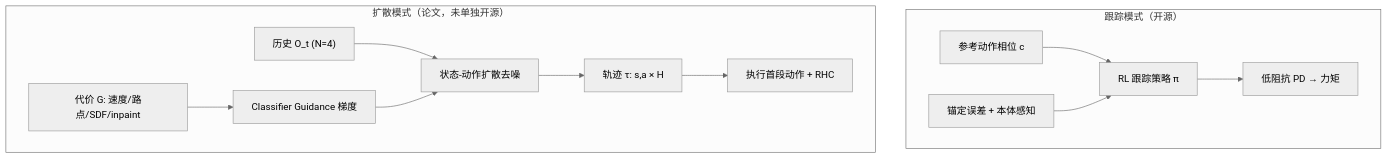
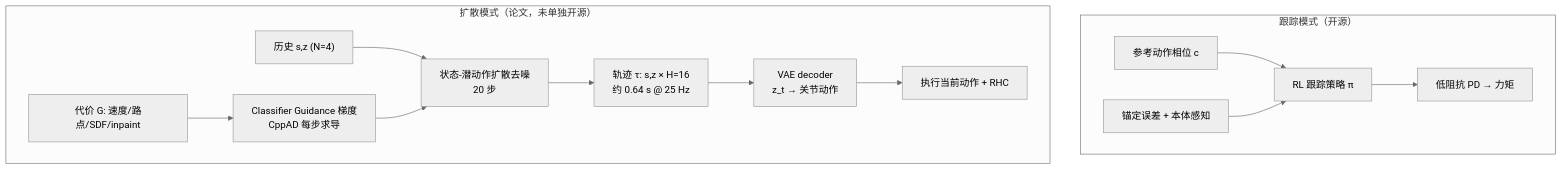
The second of 5 diagrams in papers/01_Foundational_RL/BeyondMimic/BeyondMimic.md (ImChong/Robot_Learning_Paper_Notebooks), drawn with Mermaid (neutral theme) before and after one commit. The commit also changed other lines of this file, not shown here.

```diff
--- a/papers/01_Foundational_RL/BeyondMimic/BeyondMimic.md
+++ b/papers/01_Foundational_RL/BeyondMimic/BeyondMimic.md
@@ -295,15 +402,16 @@
 <div class="mermaid">
 flowchart TB
     subgraph track["跟踪模式（开源）"]
         Ref["参考动作相位 c"] --> Pol["RL 跟踪策略 π"]
         Obs1["锚定误差 + 本体感知"] --> Pol
         Pol --> PD["低阻抗 PD → 力矩"]
     end
     subgraph diff["扩散模式（论文，未单独开源）"]
-        Hist["历史 O_t (N=4)"] --> Denoise["状态-动作扩散去噪"]
-        Denoise --> Tau["轨迹 τ: s,a × H"]
-        Cost["代价 G: 速度/路点/SDF/inpaint"] --> Guide["Classifier Guidance 梯度"]
+        Hist["历史 s,z (N=4)"] --> Denoise["状态-潜动作扩散去噪<br/>20 步"]
+        Denoise --> Tau["轨迹 τ: s,z × H=16<br/>约 0.64 s @ 25 Hz"]
+        Cost["代价 G: 速度/路点/SDF/inpaint"] --> Guide["Classifier Guidance 梯度<br/>CppAD 每步求导"]
         Guide --> Denoise
-        Tau --> Exec["执行首段动作 + RHC"]
+        Tau --> Dec["VAE decoder<br/>z_t → 关节动作"]
+        Dec --> Exec["执行当前动作 + RHC"]
     end
 </div>
```
